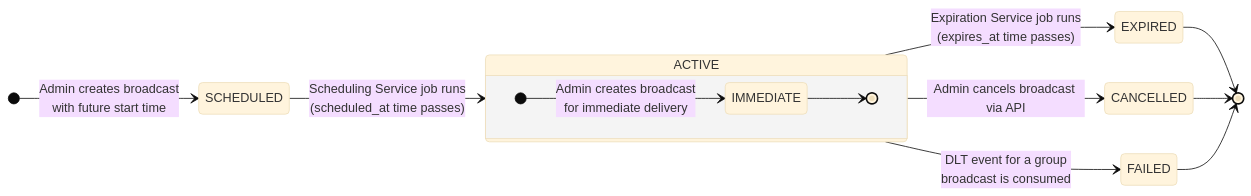
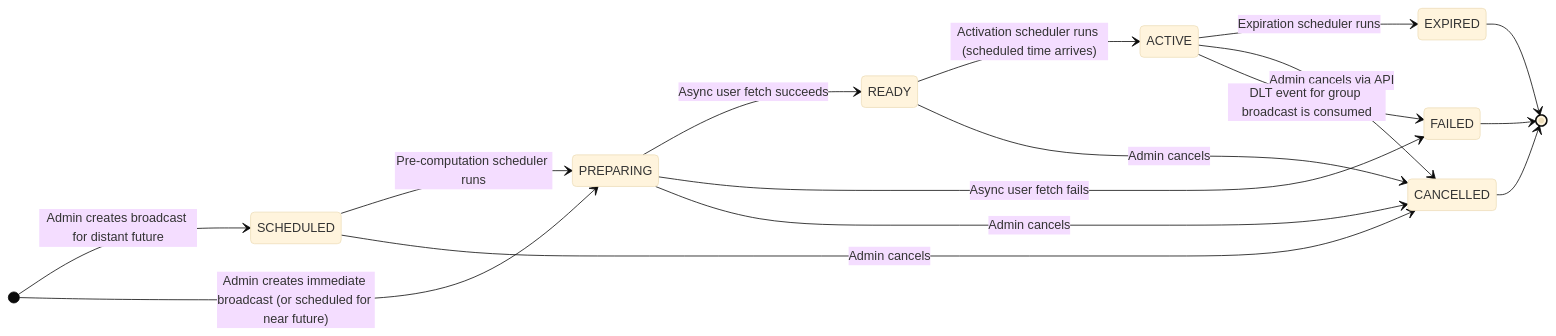
One commit to rsrini7/Notification-SSE-GLM-Flux changed the diagram in MermaidDiagrams/state-admin-status.mmd. Above: the diagram before and after it, drawn with Mermaid (base theme). The commit also changed 12 other files, not shown here.

First line of the commit message:
docs(MermaidDiagrams): update and reorganize system architecture diagrams

```diff
--- a/MermaidDiagrams/state-admin-status.mmd
+++ b/MermaidDiagrams/state-admin-status.mmd
@@ -1,19 +1,23 @@
 stateDiagram-v2
     direction LR
-    [*] --> SCHEDULED: Admin creates broadcast <br/> with future start time
 
-    SCHEDULED --> ACTIVE: Scheduling Service job runs <br/> (scheduled_at time passes)
+    [*] --> SCHEDULED: Admin creates broadcast for distant future
+    [*] --> PREPARING: Admin creates immediate broadcast (or scheduled for near future)
+
+    SCHEDULED --> PREPARING: Pre-computation scheduler runs
+    SCHEDULED --> CANCELLED: Admin cancels
     
-    state ACTIVE {
-        direction LR
-        [*] --> IMMEDIATE: Admin creates broadcast <br/> for immediate delivery
-        IMMEDIATE --> [*]
-    }
+    PREPARING --> READY: Async user fetch succeeds
+    PREPARING --> FAILED: Async user fetch fails
+    PREPARING --> CANCELLED: Admin cancels
     
-    ACTIVE --> EXPIRED: Expiration Service job runs <br/> (expires_at time passes)
-    ACTIVE --> CANCELLED: Admin cancels broadcast via API
-    ACTIVE --> FAILED: DLT event for a group <br/> broadcast is consumed
+    READY --> ACTIVE: Activation scheduler runs (scheduled time arrives)
+    READY --> CANCELLED: Admin cancels
+    
+    ACTIVE --> EXPIRED: Expiration scheduler runs
+    ACTIVE --> CANCELLED: Admin cancels via API
+    ACTIVE --> FAILED: DLT event for group broadcast is consumed
     
     EXPIRED --> [*]
     CANCELLED --> [*]
     FAILED --> [*]
```
